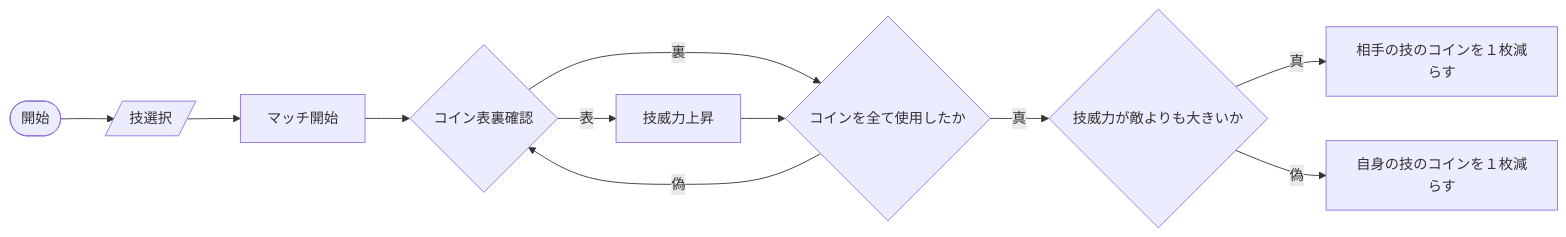
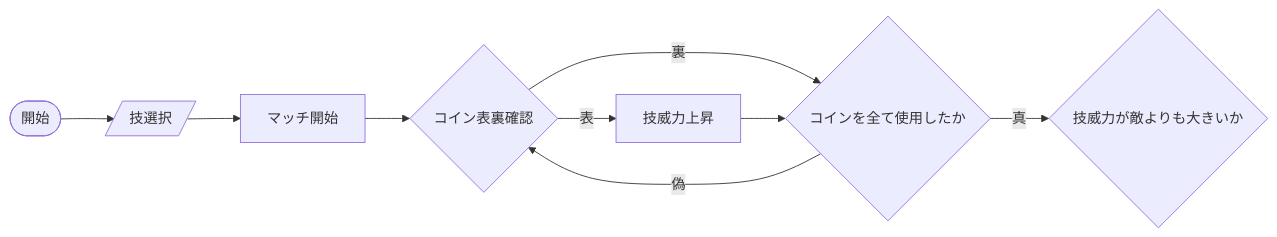
One commit to tpu-game-2023/mermaid_test changed the first of 3 diagrams in README.md. Above: the diagram before and after it, drawn with Mermaid.

Commit message:
見取り図バグ確認

````diff
--- a/README.md
+++ b/README.md
@@ -20,15 +20,13 @@
 ```mermaid
 flowchart LR;
    A([開始]) --> B[/技選択/];
    B --> C[マッチ開始];
    C --> D{コイン表裏確認};
    D --表-->E[技威力上昇];
    D --裏--> F{コインを全て使用したか};
    E-->F;
    F--真-->G{技威力が敵よりも大きいか};
    F--偽-->D;
-   G--真-->H[相手の技のコインを１枚減らす];
-   G--偽-->I[自身の技のコインを１枚減らす];
    
-   
+
 ```
````
